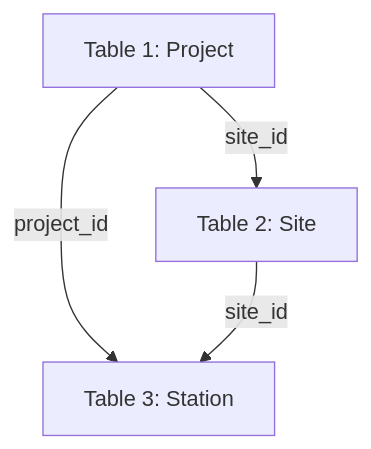
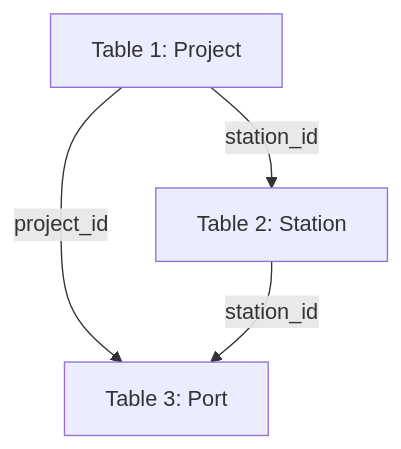
The first of 2 diagrams in core-specification/registration-and-session-data-reference.md (AtlasPublicPolicy/charging-use-spec), drawn with Mermaid before and after one commit. The commit also changed other lines of this file, not shown here.

Commit message:
Major revision to tables to align with NEVI Part 680 Rules. Includes new uptime and outage tables. Site changed to station to conform with federal nomenclature Station changed to port to conform with federal nomenclature

````diff
--- a/core-specification/registration-and-session-data-reference.md
+++ b/core-specification/registration-and-session-data-reference.md
@@ -24,10 +24,10 @@
 ```mermaid
 graph TD
 
 A[Table 1: Project]
-B[Table 2: Site]
-C[Table 3: Station]
-A --site_id--> B
+B[Table 2: Station]
+C[Table 3: Port]
+A --station_id--> B
 A --project_id--> C
-B --site_id--> C
+B --station_id--> C
 ```
````
